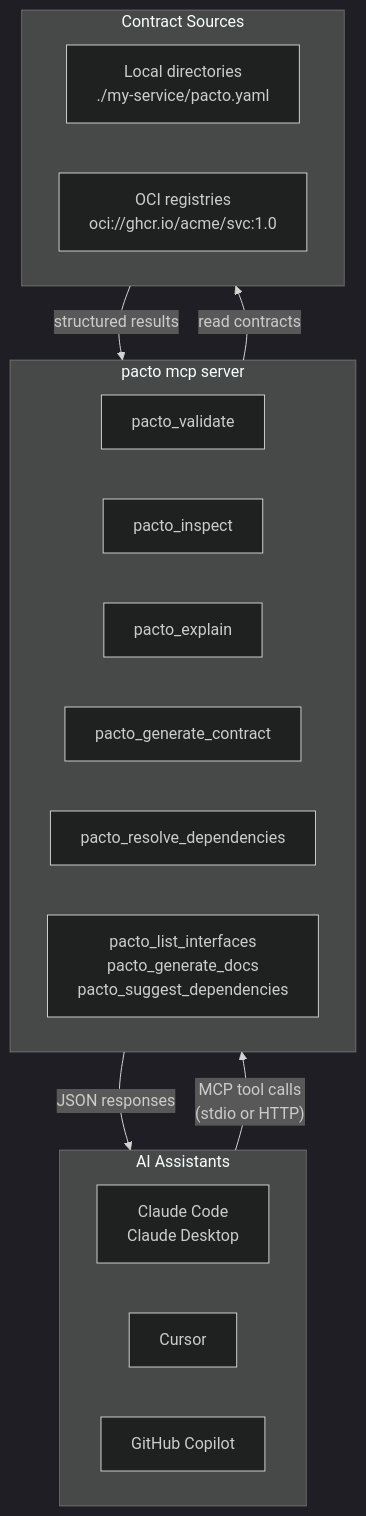
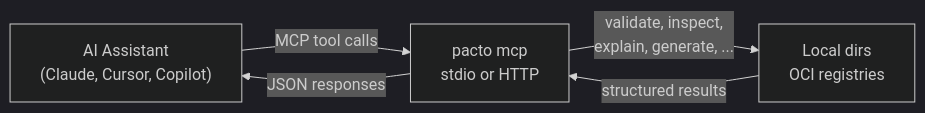
The diagram in docs/mcp-integration.md (TrianaLab/pacto), drawn with Mermaid (dark theme) before and after one commit. The commit also changed other lines of this file and 1 other file, not shown here.

Commit message:
docs: simplify MCP diagram and add AI workflow to developer guide
Simplify the Mermaid diagram to a compact left-to-right flow with
proper line breaks instead of \n literals.

Add an AI-assisted workflow section to the developer guide explaining
how to set up MCP and what operations the assistant can perform
during contract development.

````diff
--- a/docs/mcp-integration.md
+++ b/docs/mcp-integration.md
@@ -24,32 +24,7 @@
 ```mermaid
-flowchart TD
-    subgraph Assistants ["AI Assistants"]
-        direction LR
-        Claude["Claude Code\nClaude Desktop"]
-        Cursor["Cursor"]
-        Copilot["GitHub Copilot"]
-    end
-
-    Assistants -->|"MCP tool calls\n(stdio or HTTP)"| Server
-
-    subgraph Server ["pacto mcp server"]
-        direction LR
-        validate["pacto_validate"]
-        inspect["pacto_inspect"]
-        explain["pacto_explain"]
-        generate["pacto_generate_contract"]
-        deps["pacto_resolve_dependencies"]
-        more["pacto_list_interfaces\npacto_generate_docs\npacto_suggest_dependencies"]
-    end
-
-    Server -->|"read contracts"| Sources
-
-    subgraph Sources ["Contract Sources"]
-        direction LR
-        local["Local directories\n./my-service/pacto.yaml"]
-        oci["OCI registries\noci://ghcr.io/acme/svc:1.0"]
-    end
-
-    Sources -->|"structured results"| Server
-    Server -->|"JSON responses"| Assistants
+flowchart LR
+    AI["AI Assistant<br/>(Claude, Cursor, Copilot)"] -->|"MCP tool calls"| MCP["pacto mcp<br/>stdio or HTTP"]
+    MCP -->|"validate, inspect,<br/>explain, generate, ..."| Sources["Local dirs<br/>OCI registries"]
+    Sources -->|"structured results"| MCP
+    MCP -->|"JSON responses"| AI
 ```
````
